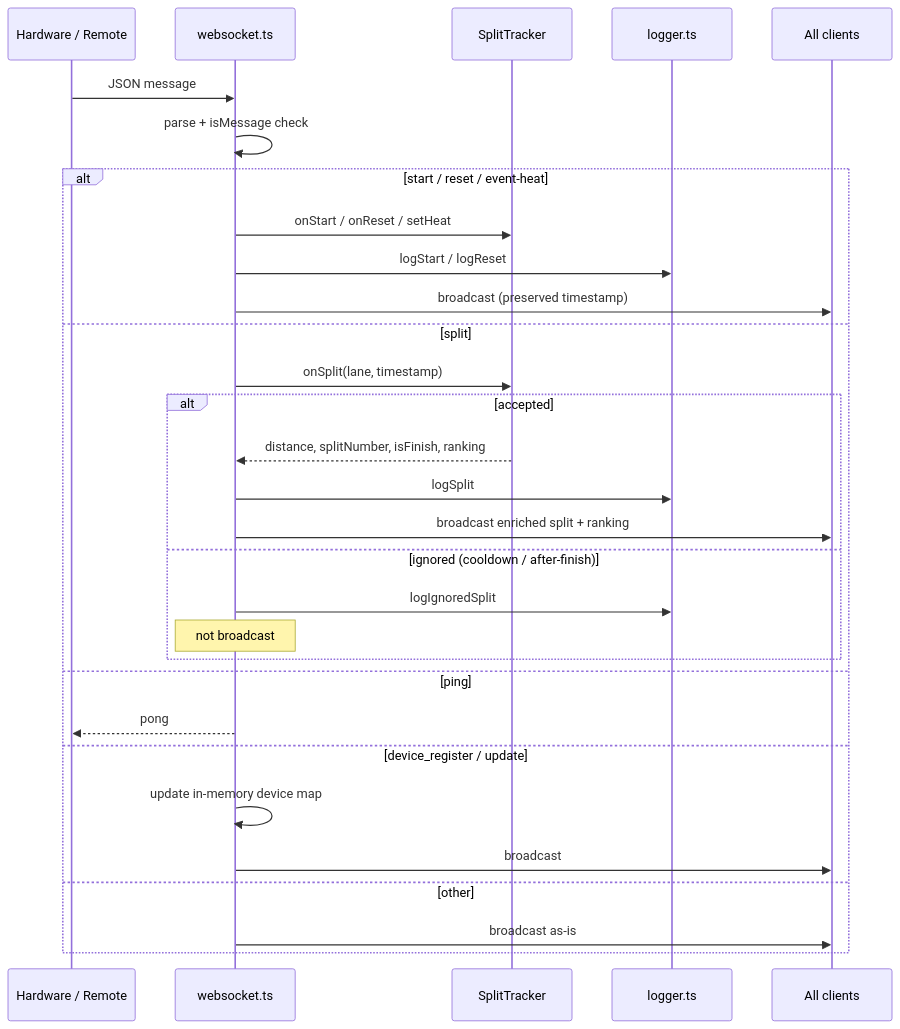
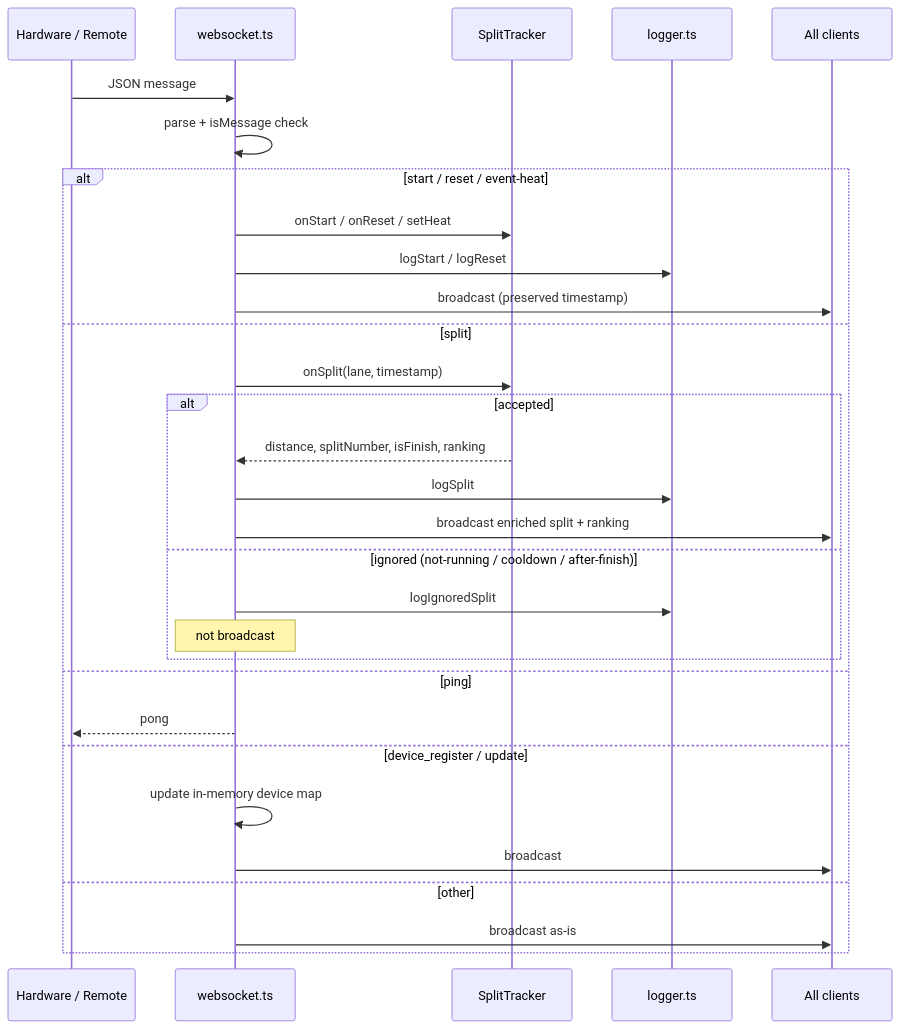
Before and after one commit to spelbreker/ws-swim-stopwatch: the fourth of 6 diagrams in docs/architecture.md, drawn with Mermaid. The commit also changed 11 other files, not shown here.

Commit message:
feat(remote): implement split handling for not-running state and update related documentation

````diff
--- a/docs/architecture.md
+++ b/docs/architecture.md
@@ -165,33 +165,33 @@
 ```mermaid
 sequenceDiagram
     participant Device as Hardware / Remote
     participant WS as websocket.ts
     participant Tracker as SplitTracker
     participant Logger as logger.ts
     participant Clients as All clients
 
     Device->>WS: JSON message
     WS->>WS: parse + isMessage check
     alt start / reset / event-heat
         WS->>Tracker: onStart / onReset / setHeat
         WS->>Logger: logStart / logReset
         WS->>Clients: broadcast (preserved timestamp)
     else split
         WS->>Tracker: onSplit(lane, timestamp)
         alt accepted
             Tracker-->>WS: distance, splitNumber, isFinish, ranking
             WS->>Logger: logSplit
             WS->>Clients: broadcast enriched split + ranking
-        else ignored (cooldown / after-finish)
+        else ignored (not-running / cooldown / after-finish)
             WS->>Logger: logIgnoredSplit
             Note over WS: not broadcast
         end
     else ping
         WS-->>Device: pong
     else device_register / update
         WS->>WS: update in-memory device map
         WS->>Clients: broadcast
     else other
         WS->>Clients: broadcast as-is
     end
 ```
````
